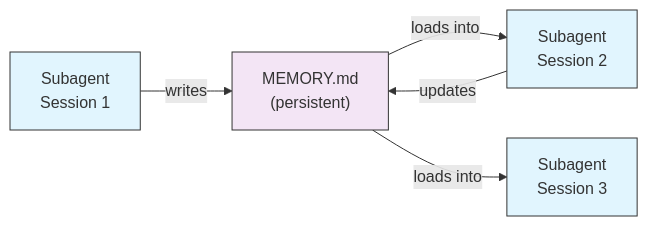
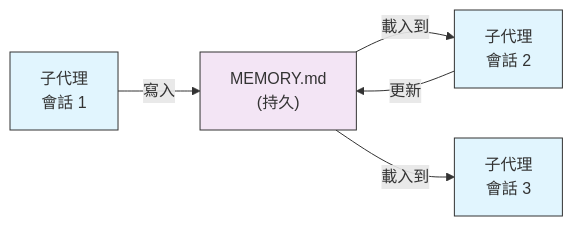
The first of 7 diagrams in 04-subagents/README.md (huckly/claude-howto-zh-tw), drawn with Mermaid before and after one commit. The commit also changed other lines of this file and 9 other files, not shown here.

````diff
--- a/04-subagents/README.md
+++ b/04-subagents/README.md
@@ -451,12 +435,12 @@
 ```mermaid
 graph LR
-    A["Subagent<br/>Session 1"] -->|writes| M["MEMORY.md<br/>(persistent)"]
-    M -->|loads into| B["Subagent<br/>Session 2"]
-    B -->|updates| M
-    M -->|loads into| C["Subagent<br/>Session 3"]
+    A["子代理<br/>會話 1"] -->|寫入| M["MEMORY.md<br/>(持久)"]
+    M -->|載入到| B["子代理<br/>會話 2"]
+    B -->|更新| M
+    M -->|載入到| C["子代理<br/>會話 3"]
 
     style A fill:#e1f5fe,stroke:#333,color:#333
     style B fill:#e1f5fe,stroke:#333,color:#333
     style C fill:#e1f5fe,stroke:#333,color:#333
     style M fill:#f3e5f5,stroke:#333,color:#333
 ```
````
